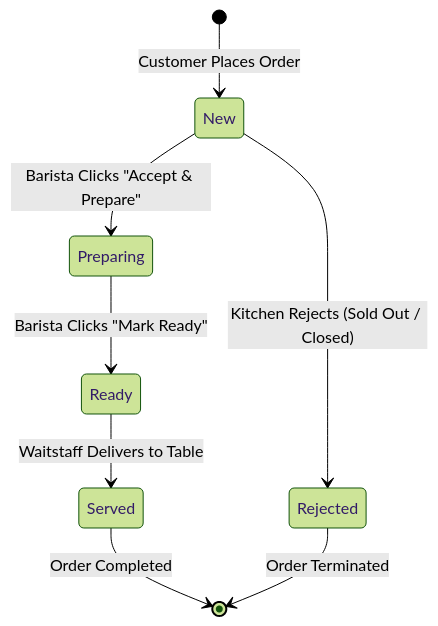
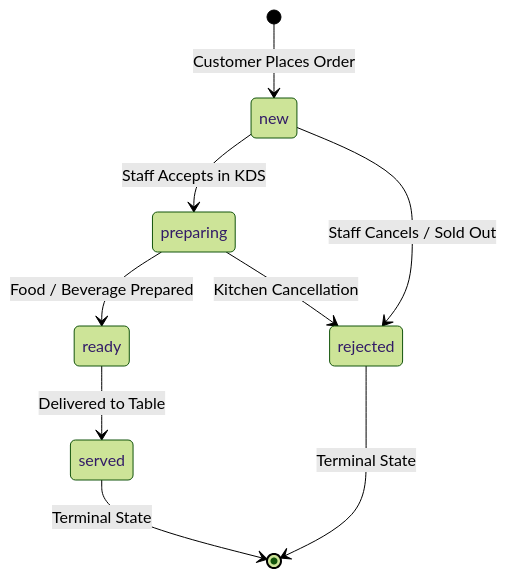
Before and after one commit to Anu7276/CAFE_MANAGEMENT_SYSTEM: the third of 3 diagrams in README.md, drawn with Mermaid (forest theme). The commit also changed other lines of this file and 11 other files, not shown here.

````diff
--- a/README.md
+++ b/README.md
@@ -231,13 +133,14 @@
 ```mermaid
 stateDiagram-v2
-    [*] --> New : Customer Places Order
-
-    New --> Preparing : Barista Clicks "Accept & Prepare"
-    New --> Rejected : Kitchen Rejects (Sold Out / Closed)
-
-    Preparing --> Ready : Barista Clicks "Mark Ready"
-    Ready --> Served : Waitstaff Delivers to Table
-
-    Served --> [*] : Order Completed
-    Rejected --> [*] : Order Terminated
+    [*] --> new: Customer Places Order
+    new --> preparing: Staff Accepts in KDS
+    new --> rejected: Staff Cancels / Sold Out
+    
+    preparing --> ready: Food / Beverage Prepared
+    preparing --> rejected: Kitchen Cancellation
+    
+    ready --> served: Delivered to Table
+    
+    served --> [*]: Terminal State
+    rejected --> [*]: Terminal State
 ```
````
